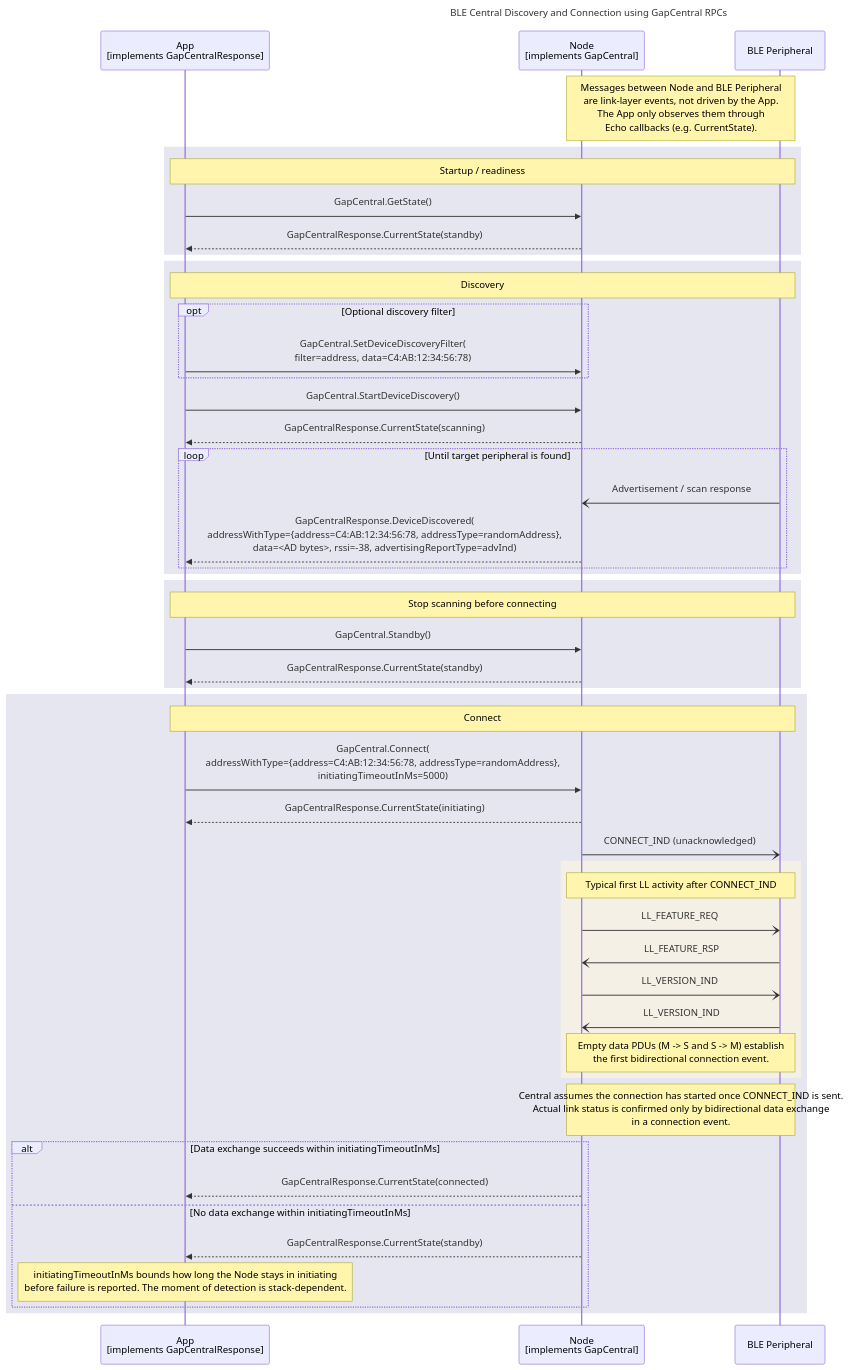
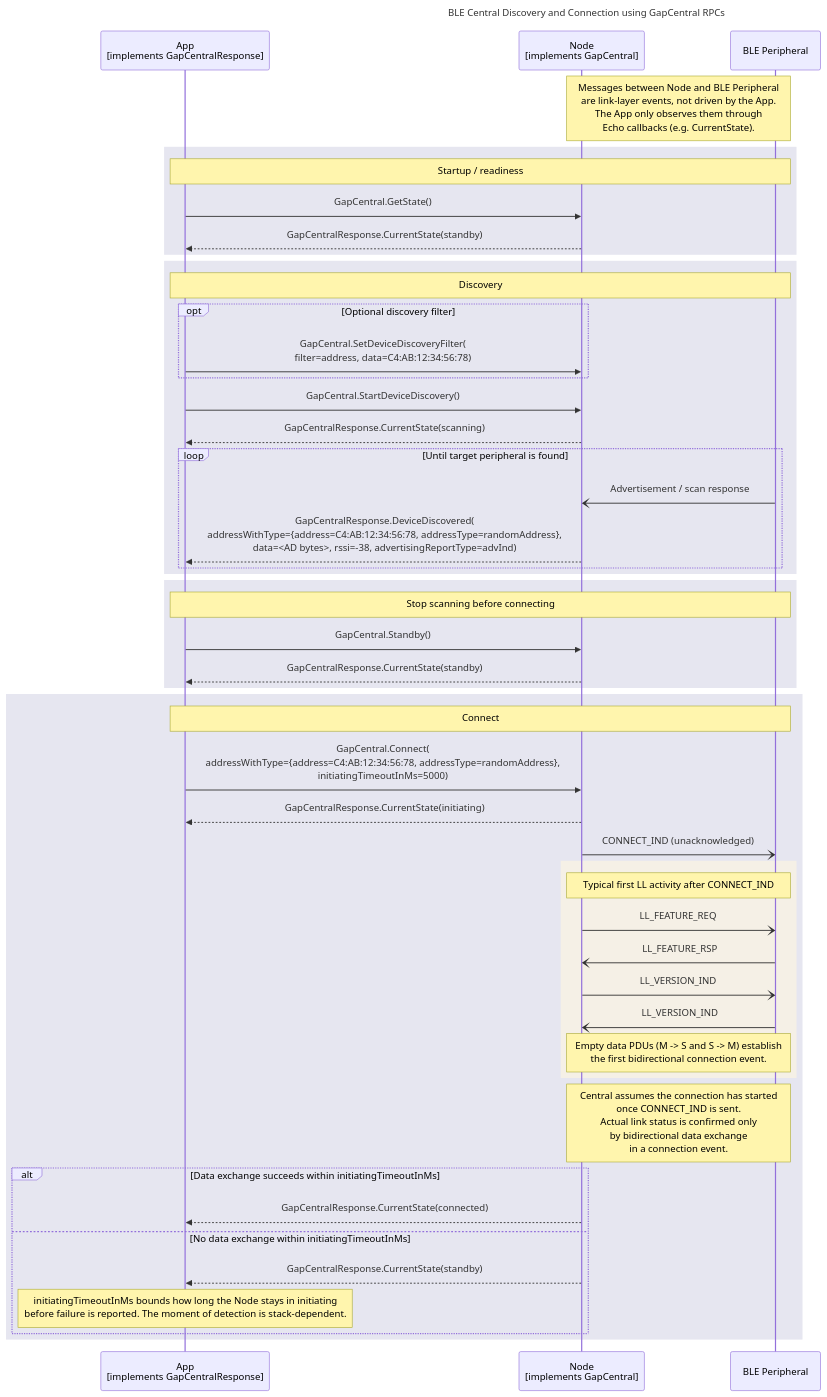
Before and after one commit to philips-software/amp-embedded-infra-lib: the diagram in documents/modules/ROOT/partials/echoservices/gap_central/GapCentral_DiscoveryAndConnection_sequence.mmd, drawn with Mermaid. The commit also changed 5 other files, not shown here.

```diff
--- a/documents/modules/ROOT/partials/echoservices/gap_central/GapCentral_DiscoveryAndConnection_sequence.mmd
+++ b/documents/modules/ROOT/partials/echoservices/gap_central/GapCentral_DiscoveryAndConnection_sequence.mmd
@@ -1,59 +1,59 @@
 sequenceDiagram
     title BLE Central Discovery and Connection using GapCentral RPCs
 
     participant App as App<br>[implements GapCentralResponse]
     participant Node as Node<br>[implements GapCentral]
     participant Peripheral as BLE Peripheral
 
 
     Note over Node, Peripheral: Messages between Node and BLE Peripheral<br>are link-layer events, not driven by the App.<br>The App only observes them through<br>Echo callbacks (e.g. CurrentState).
 
     rect rgb(230, 230, 240)
         note over App, Peripheral: Startup / readiness
         App->>Node: GapCentral.GetState()
         Node-->>App: GapCentralResponse.CurrentState(standby)
     end
 
     rect rgb(230, 230, 240)
         note over App, Peripheral: Discovery
         opt Optional discovery filter
             App->>Node: GapCentral.SetDeviceDiscoveryFilter(<br>filter=address, data=C4:AB:12:34:56:78)
         end
         App->>Node: GapCentral.StartDeviceDiscovery()
         Node-->>App: GapCentralResponse.CurrentState(scanning)
 
         loop Until target peripheral is found
             Peripheral-)Node: Advertisement / scan response
             Node-->>App: GapCentralResponse.DeviceDiscovered(<br>addressWithType={address=C4:AB:12:34:56:78, addressType=randomAddress},<br>data=<AD bytes>, rssi=-38, advertisingReportType=advInd)
         end
     end
 
     rect rgb(230, 230, 240)
         note over App, Peripheral: Stop scanning before connecting
         App->>Node: GapCentral.Standby()
         Node-->>App: GapCentralResponse.CurrentState(standby)
     end
 
     rect rgb(230, 230, 240)
         note over App, Peripheral: Connect
         App->>Node: GapCentral.Connect(<br>addressWithType={address=C4:AB:12:34:56:78, addressType=randomAddress},<br>initiatingTimeoutInMs=5000)
         Node-->>App: GapCentralResponse.CurrentState(initiating)
 
         Node-)Peripheral: CONNECT_IND (unacknowledged)
         rect rgb(245, 240, 230)
             Note over Node, Peripheral: Typical first LL activity after CONNECT_IND
             Node-)Peripheral: LL_FEATURE_REQ
             Peripheral-)Node: LL_FEATURE_RSP
             Node-)Peripheral: LL_VERSION_IND
             Peripheral-)Node: LL_VERSION_IND
             Note over Node, Peripheral: Empty data PDUs (M -> S and S -> M) establish<br>the first bidirectional connection event.
         end
-        Note over Node, Peripheral: Central assumes the connection has started once CONNECT_IND is sent.<br>Actual link status is confirmed only by bidirectional data exchange<br>in a connection event.
+        Note over Node, Peripheral: Central assumes the connection has started<br>once CONNECT_IND is sent.<br>Actual link status is confirmed only<br>by bidirectional data exchange<br>in a connection event.
 
         alt Data exchange succeeds within initiatingTimeoutInMs
             Node-->>App: GapCentralResponse.CurrentState(connected)
         else No data exchange within initiatingTimeoutInMs
             Node-->>App: GapCentralResponse.CurrentState(standby)
             Note over App: initiatingTimeoutInMs bounds how long the Node stays in initiating<br>before failure is reported. The moment of detection is stack-dependent.
         end
     end
```
